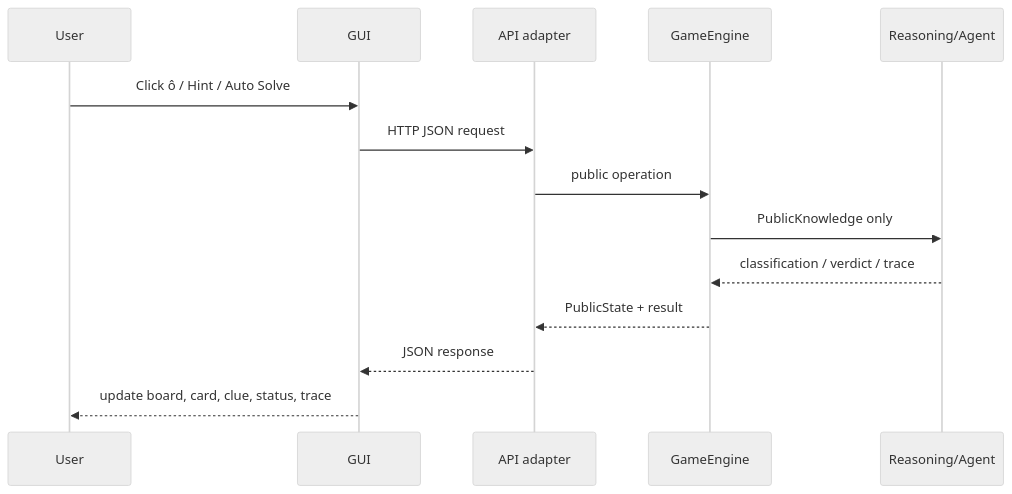
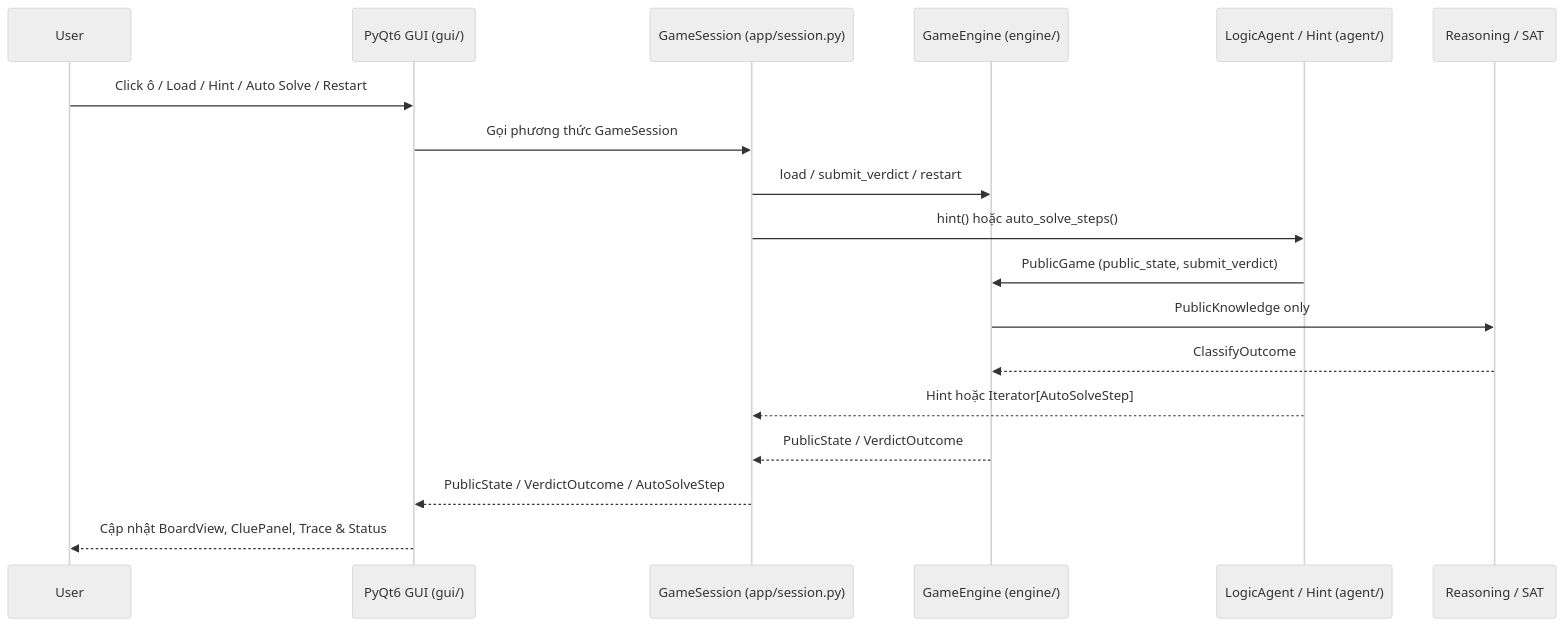
One commit to vannguyn/Griductive-Solver changed diagram 16 of 18 in Workflow.md. Above: the diagram before and after it, drawn with Mermaid (neutral theme). The commit also changed other lines of this file, not shown here.

Commit message:
docs(workflow): replace HTTP API with GameSession/PyQt6 flow and sync contracts

````diff
--- a/Workflow.md
+++ b/Workflow.md
@@ -610,17 +642,21 @@
 ```mermaid
 sequenceDiagram
     participant U as User
-    participant G as GUI
-    participant A as API adapter
-    participant E as GameEngine
-    participant R as Reasoning/Agent
+    participant G as PyQt6 GUI (gui/)
+    participant S as GameSession (app/session.py)
+    participant E as GameEngine (engine/)
+    participant A as LogicAgent / Hint (agent/)
+    participant R as Reasoning / SAT
 
-    U->>G: Click ô / Hint / Auto Solve
-    G->>A: HTTP JSON request
-    A->>E: public operation
+    U->>G: Click ô / Load / Hint / Auto Solve / Restart
+    G->>S: Gọi phương thức GameSession
+    S->>E: load / submit_verdict / restart
+    S->>A: hint() hoặc auto_solve_steps()
+    A->>E: PublicGame (public_state, submit_verdict)
     E->>R: PublicKnowledge only
-    R-->>E: classification / verdict / trace
-    E-->>A: PublicState + result
-    A-->>G: JSON response
-    G-->>U: update board, card, clue, status, trace
+    R-->>E: ClassifyOutcome
+    A-->>S: Hint hoặc Iterator[AutoSolveStep]
+    E-->>S: PublicState / VerdictOutcome
+    S-->>G: PublicState / VerdictOutcome / AutoSolveStep
+    G-->>U: Cập nhật BoardView, CluePanel, Trace & Status
 ```
````
